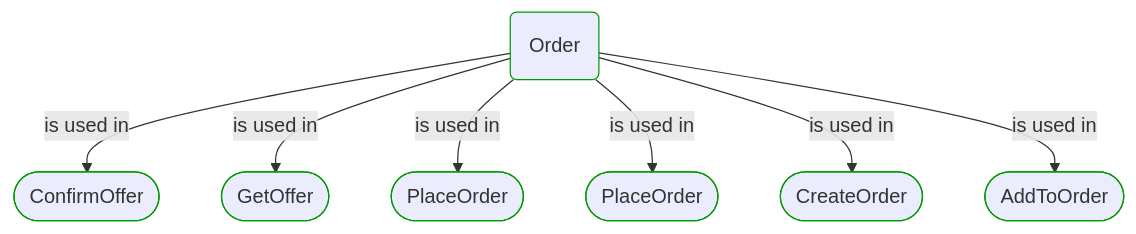
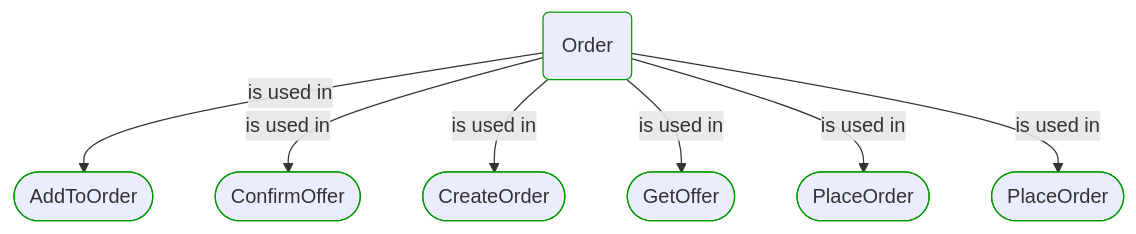
One commit to itlibrium/DDD-starter-dotnet changed the second of 2 diagrams in Docs/P3/MermaidOutput/BuildingBlocks/Sales/Orders/Order.md. Above: the diagram before and after it, drawn with Mermaid. The commit also changed other lines of this file and 78 other files, not shown here.

````diff
--- a/Docs/P3/MermaidOutput/BuildingBlocks/Sales/Orders/Order.md
+++ b/Docs/P3/MermaidOutput/BuildingBlocks/Sales/Orders/Order.md
@@ -55,26 +55,26 @@
 ```mermaid
   flowchart TB
     0(Order)
     class 0 DomainPerspective
-    1([ConfirmOffer])
+    1([AddToOrder])
     class 1 DomainPerspective
     0-->|is used in|1
-    2([GetOffer])
+    2([ConfirmOffer])
     class 2 DomainPerspective
     0-->|is used in|2
-    3([PlaceOrder])
+    3([CreateOrder])
     class 3 DomainPerspective
     0-->|is used in|3
-    4([PlaceOrder])
+    4([GetOffer])
     class 4 DomainPerspective
     0-->|is used in|4
-    5([CreateOrder])
+    5([PlaceOrder])
     class 5 DomainPerspective
     0-->|is used in|5
-    6([AddToOrder])
+    6([PlaceOrder])
     class 6 DomainPerspective
     0-->|is used in|6
     classDef DomainPerspective stroke:#009900
     classDef TechnologyPerspective stroke:#1F41EB
     classDef PeoplePerspective stroke:#FFF014
 ```
````
